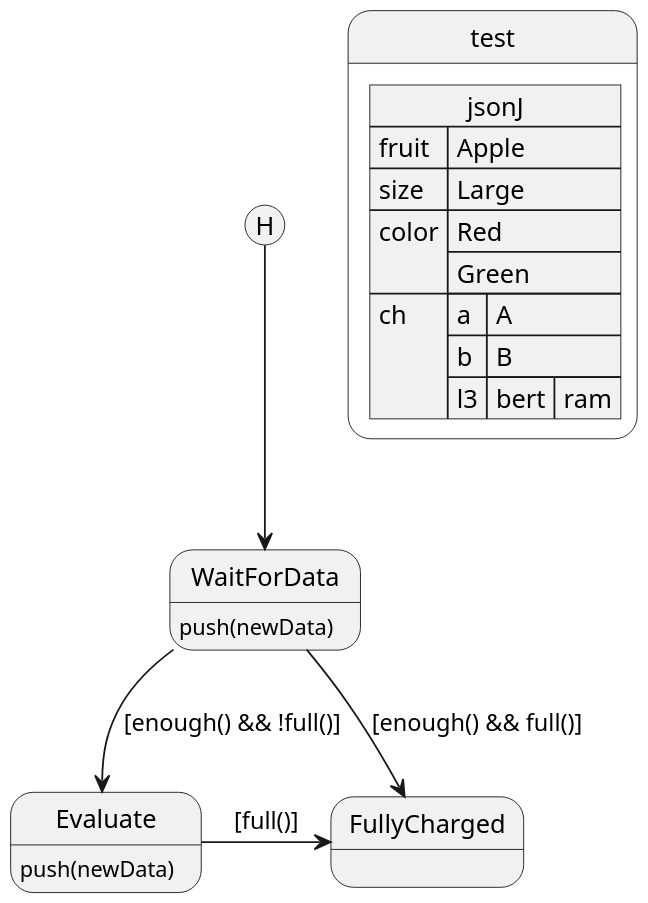
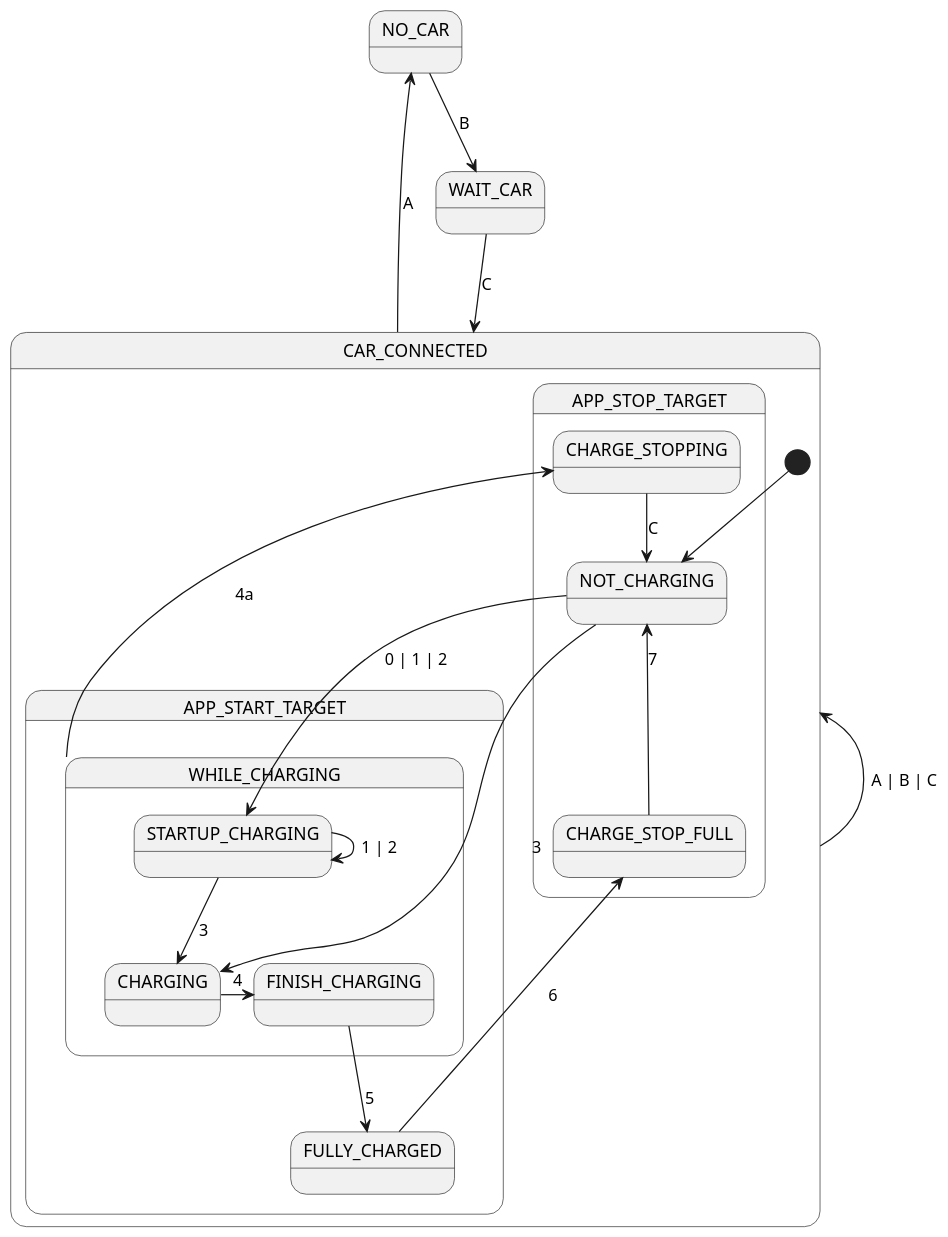
One commit to geobe/energyControl changed the diagram in src/main/groovy/de/geobe/energy/automation/models/CarChargingStates.puml. Above: the diagram before and after it, drawn with PlantUML. The commit also changed 20 other files, not shown here.

Commit message:
refactoring cause better understanding of car charging states

```diff
--- a/src/main/groovy/de/geobe/energy/automation/models/CarChargingStates.puml
+++ b/src/main/groovy/de/geobe/energy/automation/models/CarChargingStates.puml
@@ -1,25 +1,44 @@
 @startuml
 'https://plantuml.com/state-diagram
 
-scale 650 width
+scale 950 width
 
-state "WaitForData" as wait
-    wait: push(newData)
-state "Evaluate" as eval
-    eval: push(newData)
-state "FullyCharged" as full
+state "NO_CAR" as noCar
+state "WAIT_CAR" as waitCar
 
-[H] --> wait
-wait --> full : [enough() && full()]
-wait --> eval : [enough() && !full()]
-eval -> full : [full()]
+state "CAR_CONNECTED" as car {
+    state "APP_STOP_TARGET" as appstop {
+        state "NOT_CHARGING" as notCh
+        state "CHARGE_STOPPING" as stopCh
+        state "CHARGE_STOP_FULL" as stopFull
+    }
+    state "APP_START_TARGET" as appstart {
+        state "WHILE_CHARGING" as whileCh {
+            state "STARTUP_CHARGING" as startCh
+            state "CHARGING" as Ch
+            state "FINISH_CHARGING" as finCh
+        }
+        state "FULLY_CHARGED" as fulCh
+    }
+    [*] --> notCh
+}
 
-state test {
-json jsonJ {
-   "fruit":"Apple",
-   "size":"Large",
-   "color": ["Red", "Green"],
-   "ch": {"a":"A", "b": "B", "l3":{"bert": "ram"}}
-}
-}
+noCar -d-> waitCar : B
+waitCar -d-> car : C
+notCh --> startCh : 0 | 1 | 2
+startCh --> startCh : 1 | 2
+notCh --> Ch : 3
+startCh --> Ch : 3
+Ch -> finCh : 4
+finCh -->fulCh : 5
+stopCh --> notCh : C
+fulCh -l-> stopFull: 6
+stopFull -u-> notCh : 7
+
+whileCh -u-> stopCh: 4a
+
+car -u-> car: A | B | C
+
+car -u-> noCar : A
+
 @enduml
```
